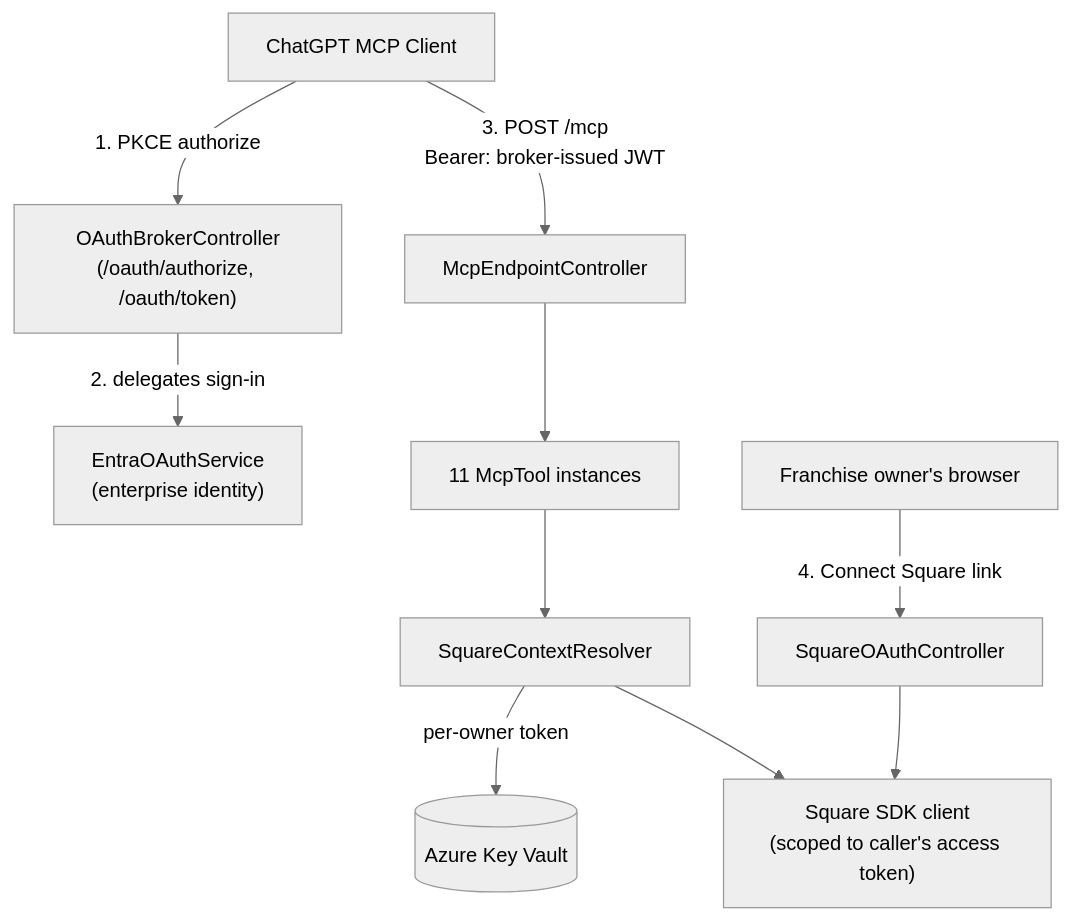
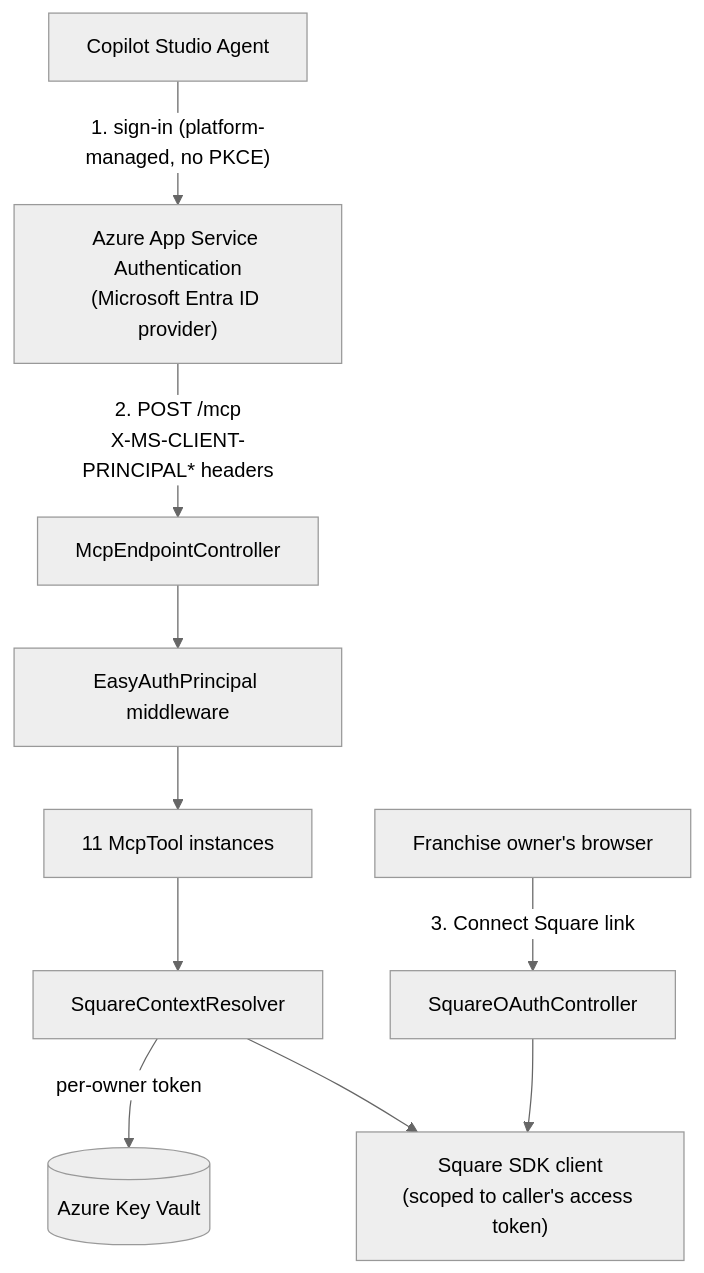
Before and after one commit to enewbold-devops/Square-MCP---OAuth-Entra-ID: the diagram in TechnicalGuide.md, drawn with Mermaid (neutral theme). The commit also changed other lines of this file and 3 other files, not shown here.

Commit message:
Finish Easy Auth migration: docs, fixes, verification

````diff
--- a/TechnicalGuide.md
+++ b/TechnicalGuide.md
@@ -24,12 +24,12 @@
 ```mermaid
 flowchart TD
-    ChatGPT["ChatGPT MCP Client"] -->|"1. PKCE authorize"| Broker["OAuthBrokerController\n(/oauth/authorize, /oauth/token)"]
-    Broker -->|"2. delegates sign-in"| Entra["EntraOAuthService\n(enterprise identity)"]
-    ChatGPT -->|"3. POST /mcp\nBearer: broker-issued JWT"| McpEP["McpEndpointController"]
-    McpEP --> Tools["11 McpTool instances"]
+    Copilot["Copilot Studio Agent"] -->|"1. sign-in (platform-managed, no PKCE)"| EasyAuth["Azure App Service Authentication\n(Microsoft Entra ID provider)"]
+    EasyAuth -->|"2. POST /mcp\nX-MS-CLIENT-PRINCIPAL* headers"| McpEP["McpEndpointController"]
+    McpEP --> AuthMw["EasyAuthPrincipal middleware"]
+    AuthMw --> Tools["11 McpTool instances"]
     Tools --> Resolver["SquareContextResolver"]
     Resolver -->|"per-owner token"| KV[("Azure Key Vault")]
     Resolver --> SquareSDK["Square SDK client\n(scoped to caller's access token)"]
-    Owner["Franchise owner's browser"] -->|"4. Connect Square link"| SquareOAuthCtl["SquareOAuthController"]
+    Owner["Franchise owner's browser"] -->|"3. Connect Square link"| SquareOAuthCtl["SquareOAuthController"]
     SquareOAuthCtl --> SquareSDK
 ```
````
